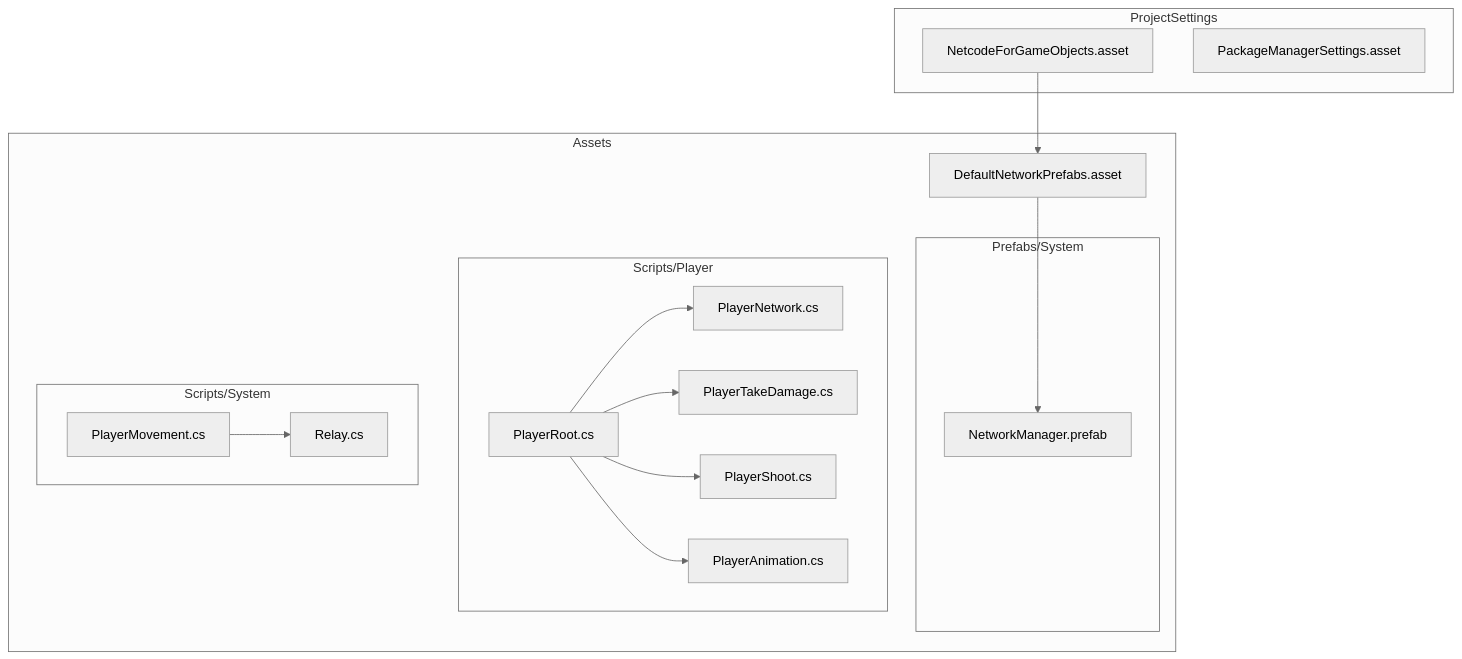
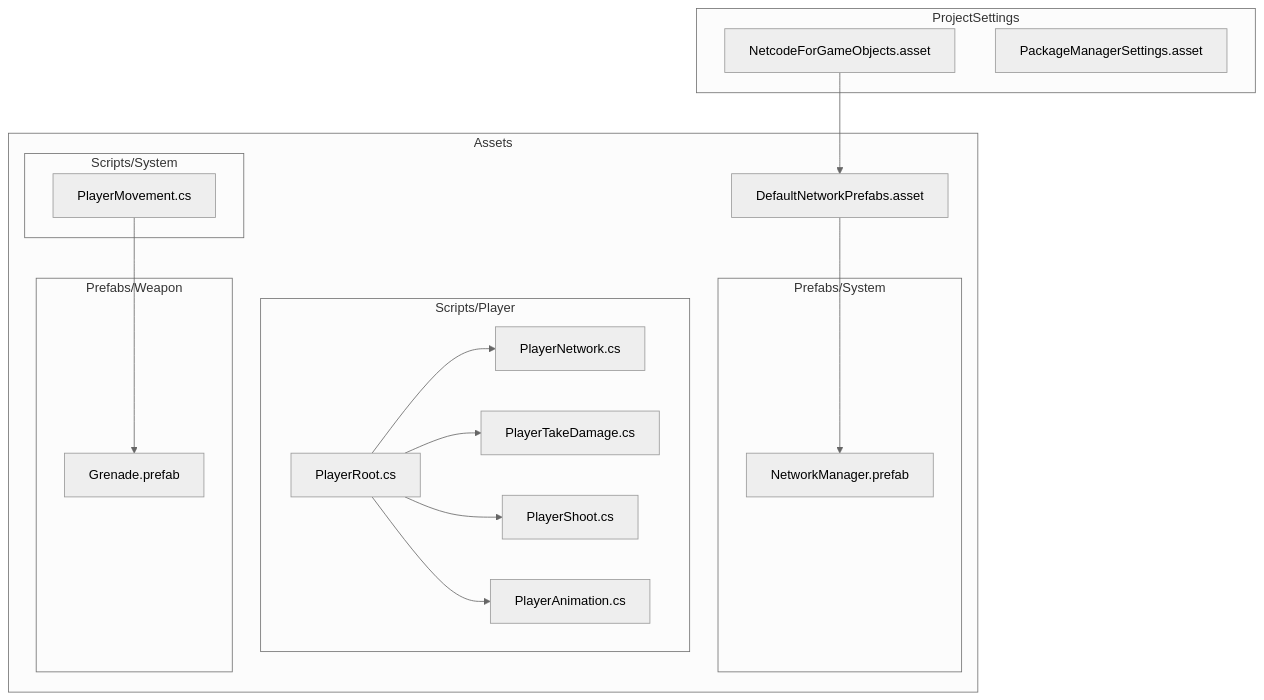
Before and after one commit to kandeng/AI-Controlled-battle-game: the first of 7 diagrams in .qoder/repowiki/en/content/Multiplayer System/Networking Architecture/Netcode for GameObjects Integration.md, drawn with Mermaid (neutral theme). The commit also changed other lines of this file and 14 other files, not shown here.

````diff
--- a/.qoder/repowiki/en/content/Multiplayer System/Networking Architecture/Netcode for GameObjects Integration.md
+++ b/.qoder/repowiki/en/content/Multiplayer System/Networking Architecture/Netcode for GameObjects Integration.md
@@ -47,31 +47,33 @@
 ```mermaid
 graph TB
 subgraph "ProjectSettings"
 NFG["NetcodeForGameObjects.asset"]
 PM["PackageManagerSettings.asset"]
 end
 subgraph "Assets"
 DNP["DefaultNetworkPrefabs.asset"]
 subgraph "Prefabs/System"
 NM["NetworkManager.prefab"]
 end
 subgraph "Scripts/Player"
 PR["PlayerRoot.cs"]
 PN["PlayerNetwork.cs"]
 PTD["PlayerTakeDamage.cs"]
 PSH["PlayerShoot.cs"]
 PAN["PlayerAnimation.cs"]
 end
 subgraph "Scripts/System"
 PMV["PlayerMovement.cs"]
-RL["Relay.cs"]
+end
+subgraph "Prefabs/Weapon"
+GR["Grenade.prefab"]
 end
 end
 NFG --> DNP
 DNP --> NM
 PR --> PN
 PR --> PTD
 PR --> PSH
 PR --> PAN
-PMV --> RL
+PMV --> GR
 ```
````
